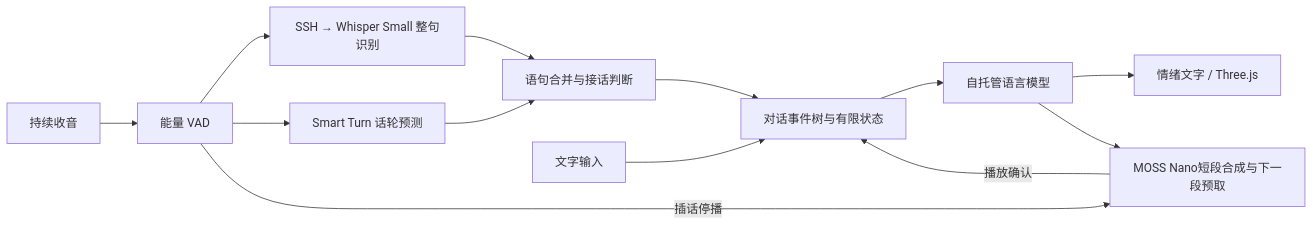
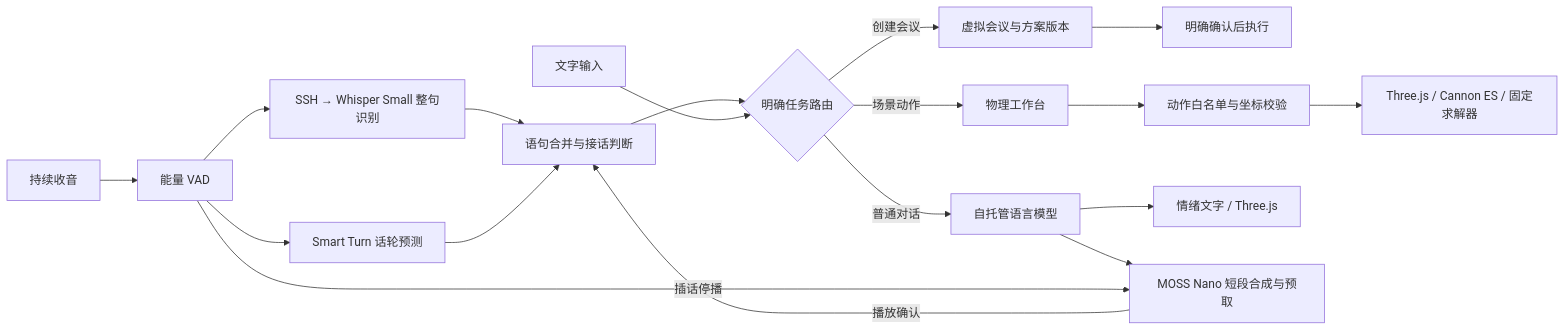
One commit to wuki-creator/Xim-duplex changed the diagram in README.md. Above: the diagram before and after it, drawn with Mermaid. The commit also changed other lines of this file and 19 other files, not shown here.

````diff
--- a/README.md
+++ b/README.md
@@ -19,15 +21,20 @@
 ```mermaid
 flowchart LR
     MIC[持续收音] --> VAD[能量 VAD]
     VAD --> ASR[SSH → Whisper Small 整句识别]
     VAD --> TURN[Smart Turn 话轮预测]
     ASR --> GATE[语句合并与接话判断]
     TURN --> GATE
-    GATE --> STATE[对话事件树与有限状态]
-    TEXT[文字输入] --> STATE
-    STATE --> LLM[自托管语言模型]
+    GATE --> ROUTER{明确任务路由}
+    TEXT[文字输入] --> ROUTER
+    ROUTER -->|普通对话| LLM[自托管语言模型]
+    ROUTER -->|创建会议| ROOM[虚拟会议与方案版本]
+    ROOM --> CONFIRM[明确确认后执行]
+    ROUTER -->|场景动作| WORK[物理工作台]
+    WORK --> CHECK[动作白名单与坐标校验]
+    CHECK --> WORLD[Three.js / Cannon ES / 固定求解器]
     LLM --> UI[情绪文字 / Three.js]
-    LLM --> TTS[MOSS Nano短段合成与下一段预取]
-    TTS -->|播放确认| STATE
+    LLM --> TTS[MOSS Nano 短段合成与预取]
+    TTS -->|播放确认| GATE
     VAD -->|插话停播| TTS
 ```
````
